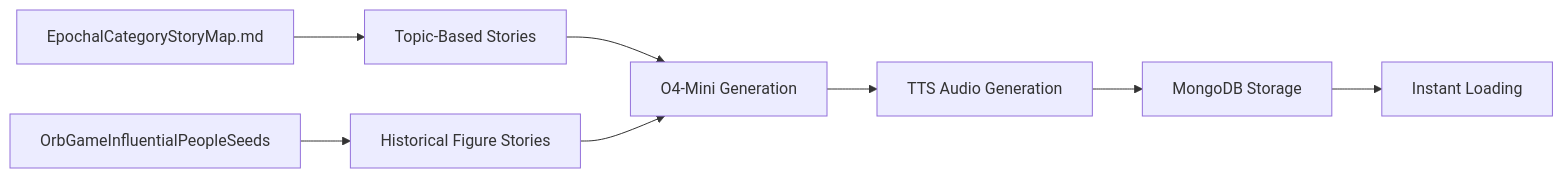
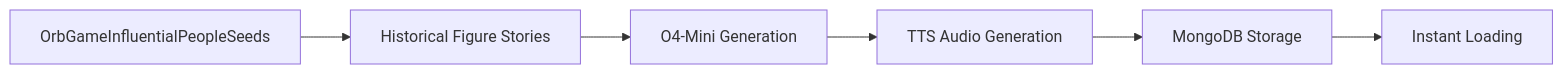
The second of 4 diagrams in PROMPT_SYSTEM_REPORT.md (zimaxnet/orb-game), drawn with Mermaid before and after one commit. The commit also changed other lines of this file and 31 other files, not shown here.

````diff
--- a/PROMPT_SYSTEM_REPORT.md
+++ b/PROMPT_SYSTEM_REPORT.md
@@ -283,10 +282,8 @@
 ```mermaid
 graph LR
-    A[EpochalCategoryStoryMap.md] --> B[Topic-Based Stories]
     C[OrbGameInfluentialPeopleSeeds] --> D[Historical Figure Stories]
-    B --> E[O4-Mini Generation]
-    D --> E
+    D --> E[O4-Mini Generation]
     E --> F[TTS Audio Generation]
     F --> G[MongoDB Storage]
     G --> H[Instant Loading]
 ```
````
